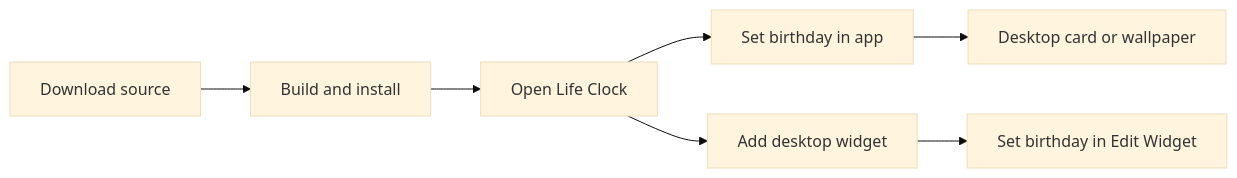
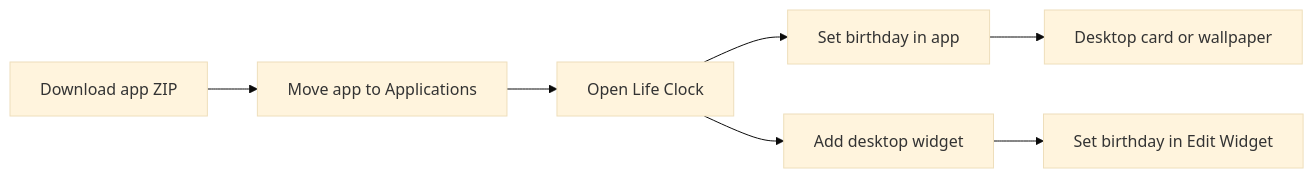
Before and after one commit to mayank-devac/LIFE_CLOCK: the diagram in README.md, drawn with Mermaid (base theme). The commit also changed other lines of this file, not shown here.

Commit message:
📝 Update README with app download instructions and first launch guidance

````diff
--- a/README.md
+++ b/README.md
@@ -27,9 +27,9 @@
 ```mermaid
 flowchart LR
-    A[Download source] --> B[Build and install]
+    A[Download app ZIP] --> B[Move app to Applications]
     B --> C[Open Life Clock]
     C --> D[Set birthday in app]
     D --> E[Desktop card or wallpaper]
     C --> F[Add desktop widget]
     F --> G[Set birthday in Edit Widget]
 ```
````
